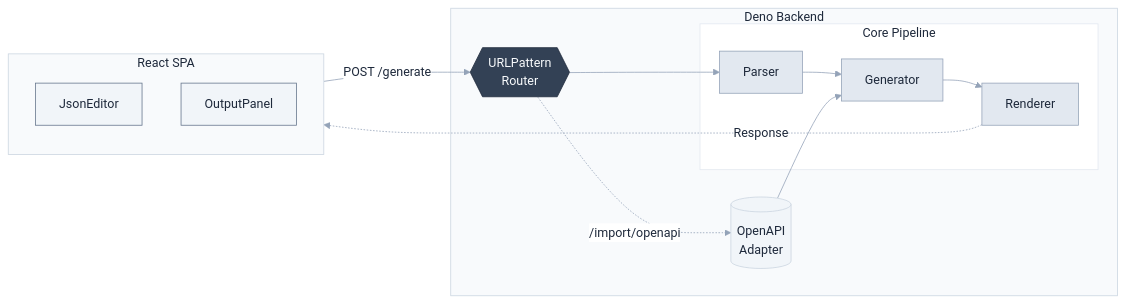
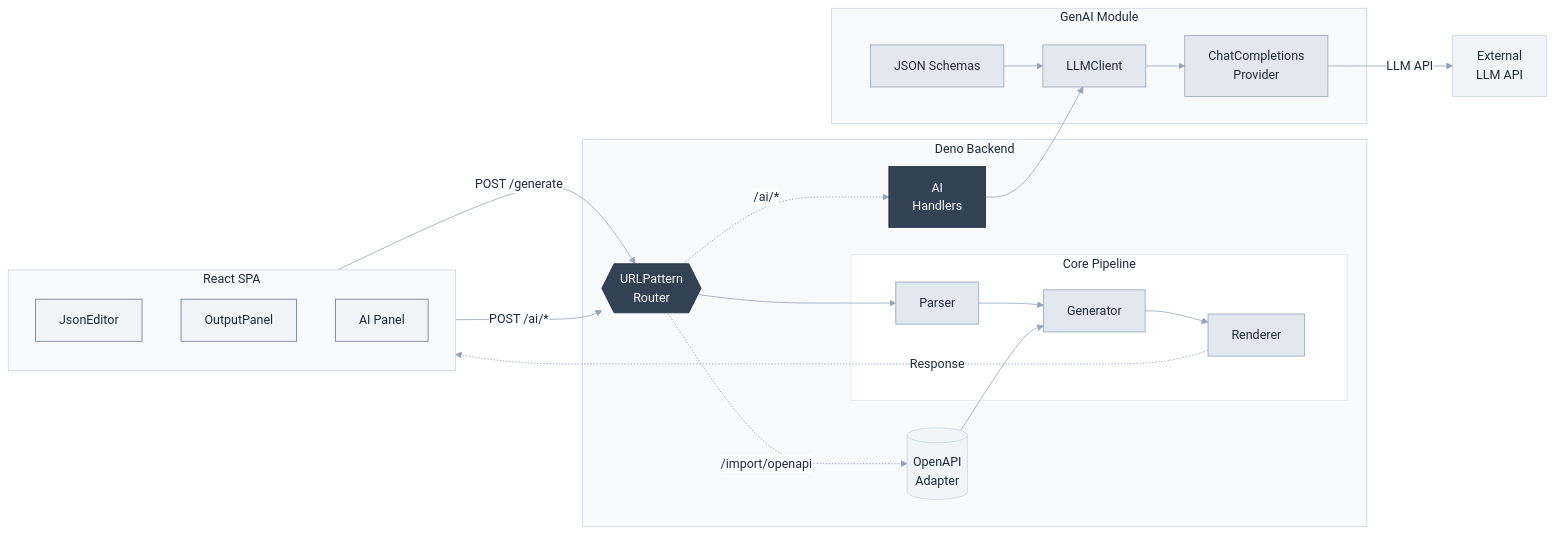
Before and after one commit to phaethix/api-doc-generator: the diagram in README.md, drawn with Mermaid. The commit also changed other lines of this file and 8 other files, not shown here.

````diff
--- a/README.md
+++ b/README.md
@@ -29,32 +47,49 @@
 ```mermaid
 %%{init: {'theme': 'base', 'themeVariables': {'primaryColor': '#F1F5F9', 'primaryTextColor': '#1E293B', 'primaryBorderColor': '#CBD5E0', 'lineColor': '#94A3B8', 'secondaryColor': '#FFFFFF', 'tertiaryColor': '#F8FAFC'}}}%%
 flowchart LR
     subgraph FE["React SPA"]
         Editor[JsonEditor]
         Output[OutputPanel]
+        AIPanel[AI Panel]
     end
 
     subgraph BE["Deno Backend"]
         Route{{URLPattern<br/>Router}}
         subgraph Pipeline["Core Pipeline"]
             P[Parser] --> G[Generator] --> R[Renderer]
         end
         Adapter[(OpenAPI<br/>Adapter)]
+        AIHandler[AI<br/>Handlers]
+    end
+
+    subgraph GenAI["GenAI Module"]
+        Client[LLMClient]
+        Provider[ChatCompletions<br/>Provider]
+        Schema[JSON Schemas]
     end
 
     FE -->|POST /generate| Route
+    FE -->|POST /ai/*| Route
     Route --> P
     Route -.->|/import/openapi| Adapter
+    Route -.->|/ai/*| AIHandler
     Adapter --> G
+    AIHandler --> Client
+    Client --> Provider
+    Provider -->|LLM API| Ext[External<br/>LLM API]
+    Schema --> Client
     R -.->|Response| FE
 
     style FE fill:#F8FAFC,stroke:#CBD5E0,stroke-width:1px,color:#1E293B
     style BE fill:#F8FAFC,stroke:#CBD5E0,stroke-width:1px,color:#1E293B
+    style GenAI fill:#F8FAFC,stroke:#CBD5E0,stroke-width:1px,color:#1E293B
     style Pipeline fill:#FFFFFF,stroke:#E2E8F0,stroke-width:1px,color:#1E293B
     classDef nodeFe fill:#F1F5F9,stroke:#64748B,color:#1E293B,stroke-width:1px
     classDef nodeBe fill:#334155,stroke:#1E293B,color:#F8FAFC,stroke-width:1px
     classDef nodePipe fill:#E2E8F0,stroke:#94A3B8,color:#1E293B,stroke-width:1px
-    class Editor,Output nodeFe
-    class Route nodeBe
+    classDef nodeGenAI fill:#E2E8F0,stroke:#94A3B8,color:#1E293B,stroke-width:1px
+    class Editor,Output,AIPanel nodeFe
+    class Route,AIHandler nodeBe
     class P,G,R nodePipe
+    class Client,Provider,Schema nodeGenAI
 ```
````
